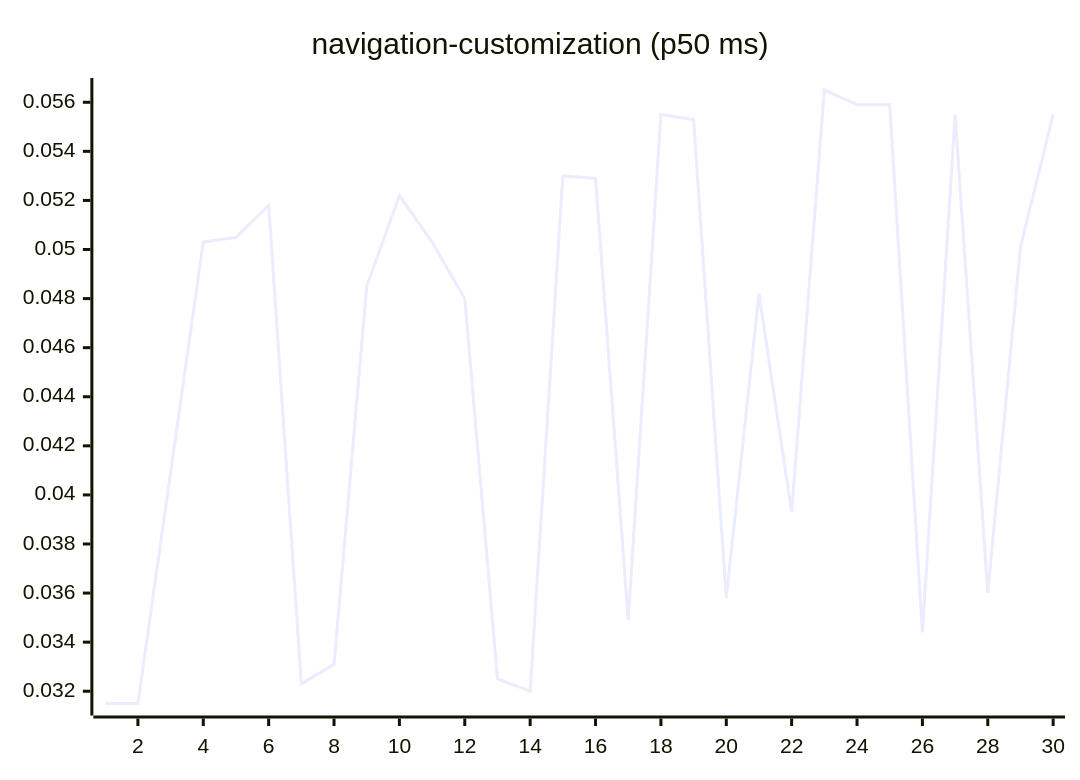
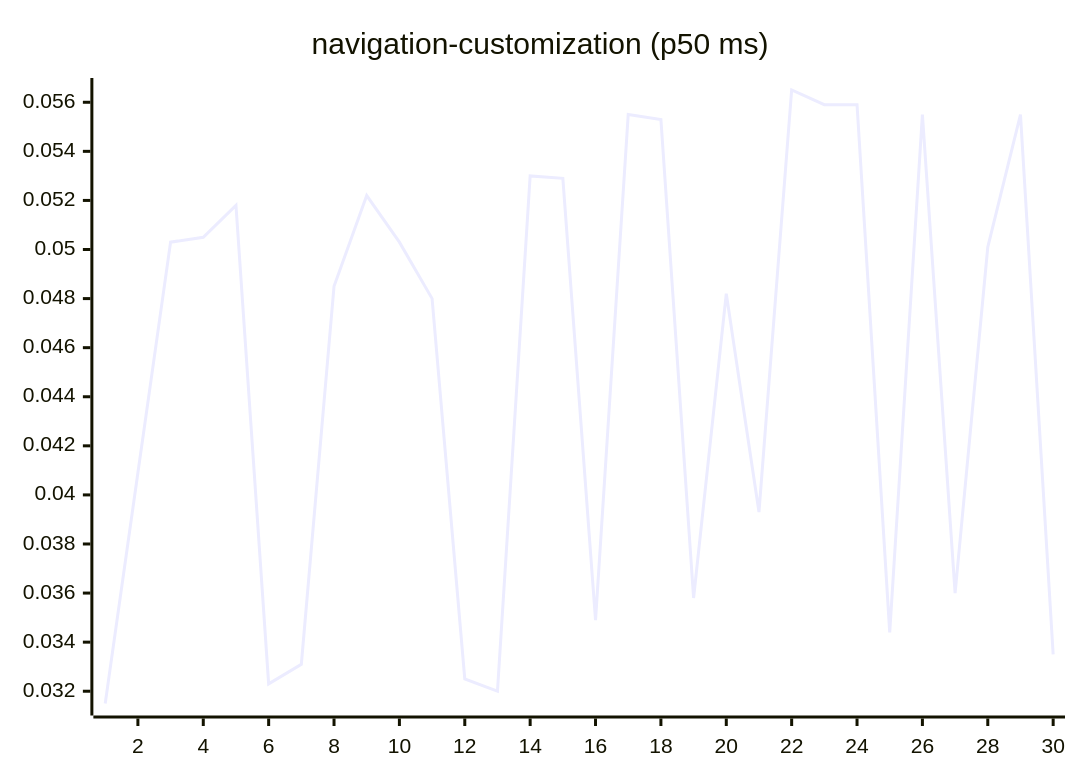
One commit to josha/Facet changed diagram 15 of 27 in README.md. Above: the diagram before and after it, drawn with Mermaid. The commit also changed other lines of this file and 2 other files, not shown here.

````diff
--- a/README.md
+++ b/README.md
@@ -161,6 +161,6 @@
 ```mermaid
 xychart-beta
     title "navigation-customization (p50 ms)"
     x-axis 1 --> 30
-    line [0.0315, 0.0315, 0.0409, 0.0503, 0.0505, 0.0518, 0.0323, 0.0331, 0.0485, 0.0522, 0.0503, 0.0480, 0.0325, 0.0320, 0.0530, 0.0529, 0.0349, 0.0555, 0.0553, 0.0358, 0.0482, 0.0393, 0.0565, 0.0559, 0.0559, 0.0344, 0.0555, 0.0360, 0.0501, 0.0555]
+    line [0.0315, 0.0409, 0.0503, 0.0505, 0.0518, 0.0323, 0.0331, 0.0485, 0.0522, 0.0503, 0.0480, 0.0325, 0.0320, 0.0530, 0.0529, 0.0349, 0.0555, 0.0553, 0.0358, 0.0482, 0.0393, 0.0565, 0.0559, 0.0559, 0.0344, 0.0555, 0.0360, 0.0501, 0.0555, 0.0335]
 ```
````
